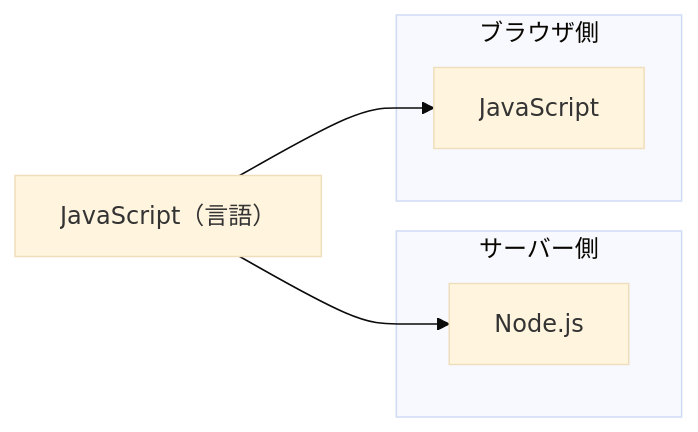
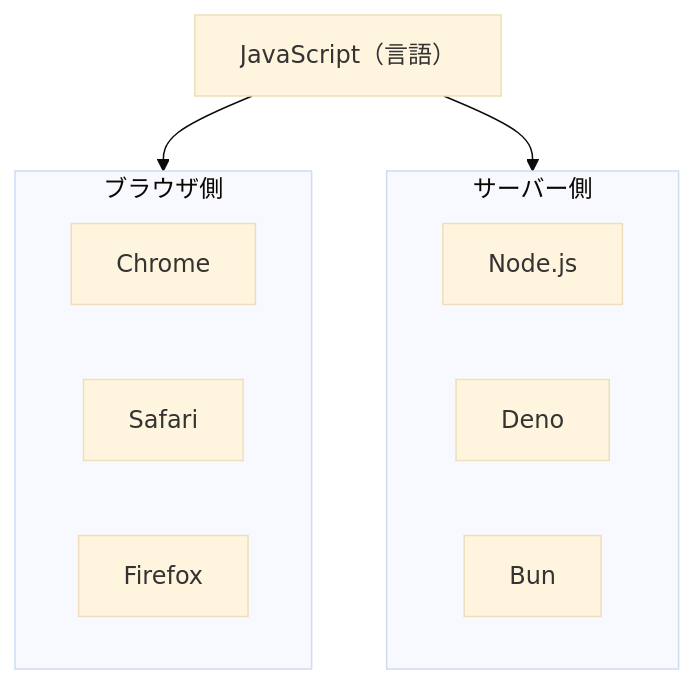
The first of 3 diagrams in docs/drafts/069/index.md (ozaki25/web-front-training-ozaki25), drawn with Mermaid (base theme) before and after one commit. The commit also changed other lines of this file, not shown here.

First line of the commit message:
069: 文章を図・表・ボックスに移し、読まずに見て理解できる構成に

````diff
--- a/docs/drafts/069/index.md
+++ b/docs/drafts/069/index.md
@@ -13,11 +13,16 @@
 ```mermaid
-flowchart LR
+flowchart TB
+  JS["JavaScript（言語）"]
+  JS --> client
+  JS --> server
+  subgraph client["ブラウザ側"]
+    Chrome["Chrome"]
+    Safari["Safari"]
+    Firefox["Firefox"]
+  end
   subgraph server["サーバー側"]
-    N["Node.js"]
+    Node["Node.js"]
+    Deno["Deno"]
+    Bun["Bun"]
   end
-  subgraph client["ブラウザ側"]
-    B["JavaScript"]
-  end
-  JS["JavaScript（言語）"] --> N
-  JS --> B
 ```
````
